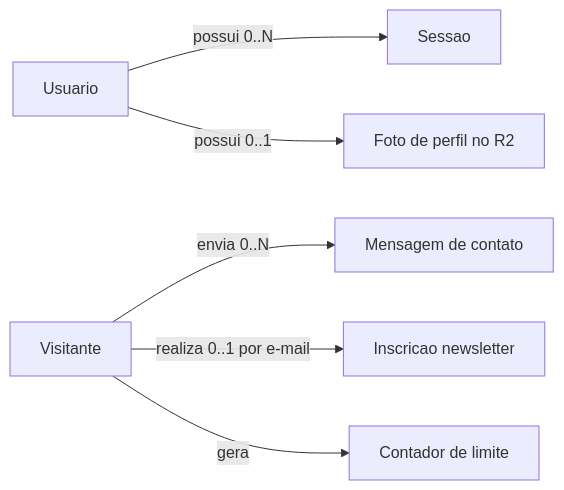
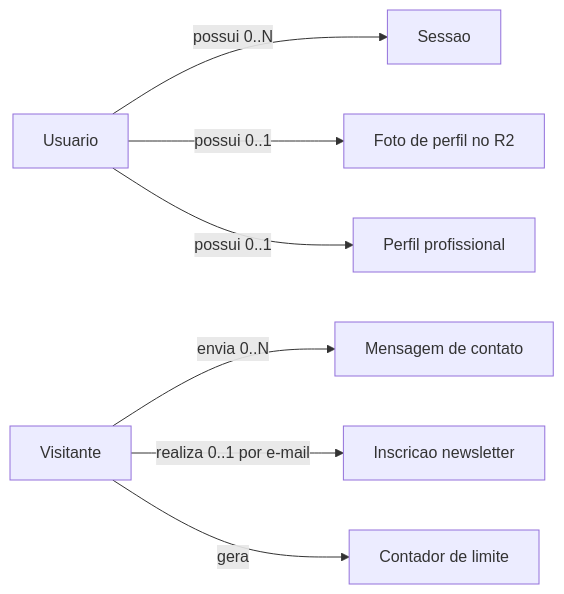
One commit to Renato1909/LensClick changed the third of 6 diagrams in docs/DOCUMENTACAO_TECNICA.md. Above: the diagram before and after it, drawn with Mermaid. The commit also changed other lines of this file and 14 other files, not shown here.

Commit message:
Adiciona perfil profissional público (#5)

````diff
--- a/docs/DOCUMENTACAO_TECNICA.md
+++ b/docs/DOCUMENTACAO_TECNICA.md
@@ -341,8 +355,9 @@
 ```mermaid
 flowchart LR
     U[Usuario] -->|possui 0..N| S[Sessao]
     U -->|possui 0..1| P[Foto de perfil no R2]
+    U -->|possui 0..1| F[Perfil profissional]
     V[Visitante] -->|envia 0..N| C[Mensagem de contato]
     V -->|realiza 0..1 por e-mail| N[Inscricao newsletter]
     V -->|gera| L[Contador de limite]
 ```
````
